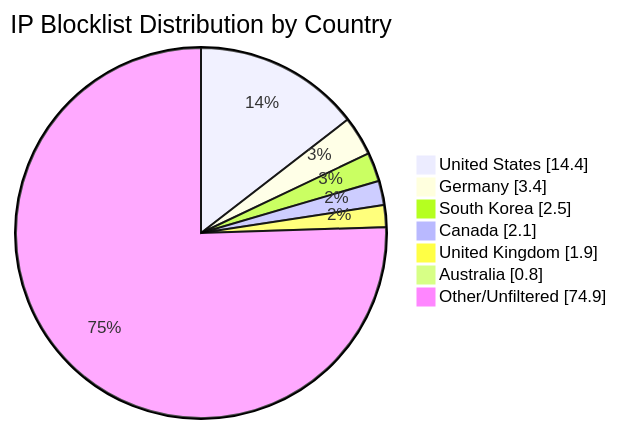
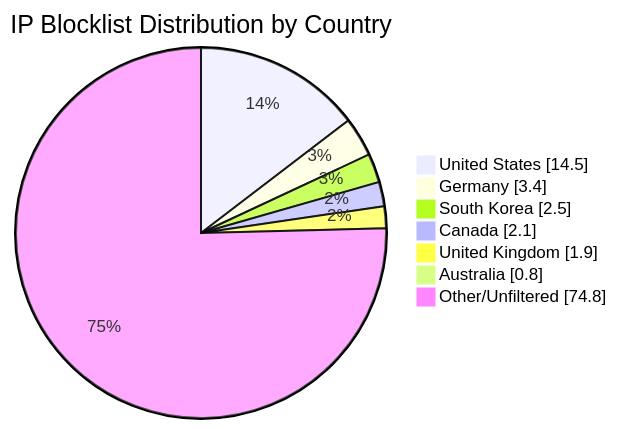
One commit to MarcusHoltz/ipblocklist-geofiltered-aggregator changed the diagram in README.md. Above: the diagram before and after it, drawn with Mermaid. The commit also changed other lines of this file and 9 other files, not shown here.

````diff
--- a/README.md
+++ b/README.md
@@ -34,10 +34,10 @@
 ```mermaid
 pie showData title IP Blocklist Distribution by Country
-"United States" : 14.4
+"United States" : 14.5
 "Germany" : 3.4
 "South Korea" : 2.5
 "Canada" : 2.1
 "United Kingdom" : 1.9
 "Australia" : 0.8
-"Other/Unfiltered" : 74.9
+"Other/Unfiltered" : 74.8
 ```
````
